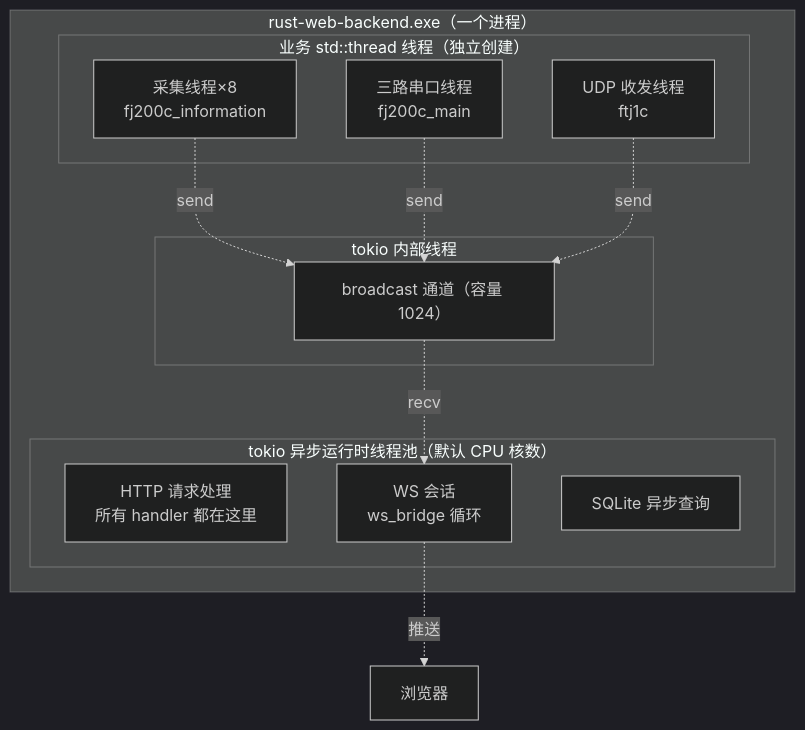
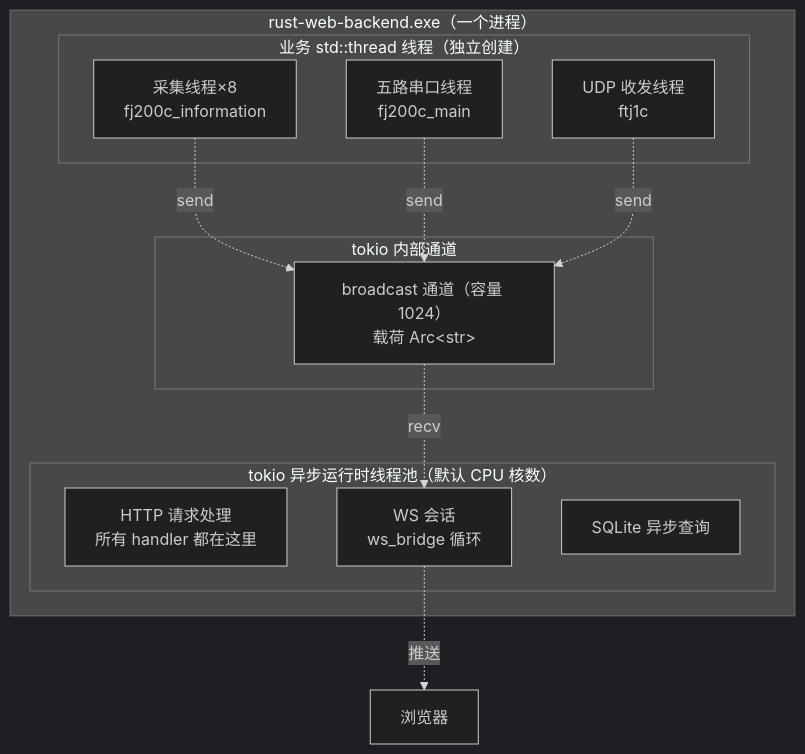
One commit to 3123958139/RustWeb-Vue changed diagram 11 of 17 in docs/tutorial/01-项目全景.md. Above: the diagram before and after it, drawn with Mermaid (dark theme). The commit also changed other lines of this file and 8 other files, not shown here.

````diff
--- a/docs/tutorial/01-项目全景.md
+++ b/docs/tutorial/01-项目全景.md
@@ -612,23 +718,23 @@
 ```mermaid
 flowchart TD
     subgraph 进程["rust-web-backend.exe（一个进程）"]
         subgraph T1["tokio 异步运行时线程池（默认 CPU 核数）"]
             H1[HTTP 请求处理<br/>所有 handler 都在这里]
             W1[WS 会话<br/>ws_bridge 循环]
             DB1[SQLite 异步查询]
         end
         subgraph T2["业务 std::thread 线程（独立创建）"]
             C1[采集线程×8<br/>fj200c_information]
-            C2[三路串口线程<br/>fj200c_main]
+            C2[五路串口线程<br/>fj200c_main]
             C3[UDP 收发线程<br/>ftj1c]
         end
-        subgraph T3["tokio 内部线程"]
-            B1[broadcast 通道（容量 1024）]
+        subgraph T3["tokio 内部通道"]
+            B1[broadcast 通道（容量 1024）<br/>载荷 Arc&lt;str&gt;]
         end
     end
     C1 -.send.-> B1
     C2 -.send.-> B1
     C3 -.send.-> B1
     B1 -.recv.-> W1
     W1 -.推送.-> Browser[浏览器]
 ```
````
